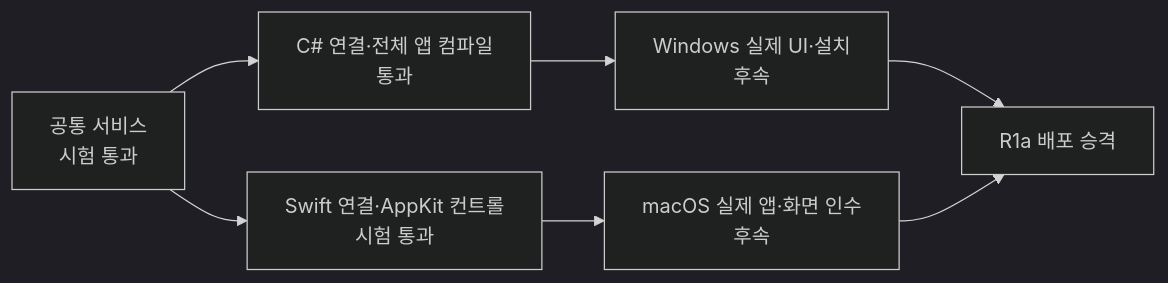
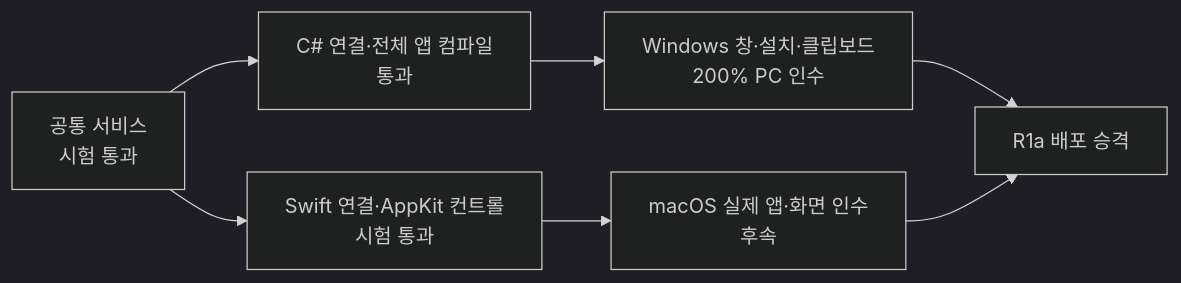
Before and after one commit to peterkimpmp/hanautomata: the diagram in docs/PERSONAL-ASSIST-VALIDATION.md, drawn with Mermaid (dark theme). The commit also changed other lines of this file, not shown here.

First line of the commit message:
docs: record Windows acceptance of the personal expressions window

````diff
--- a/docs/PERSONAL-ASSIST-VALIDATION.md
+++ b/docs/PERSONAL-ASSIST-VALIDATION.md
@@ -21,9 +23,9 @@
 ```mermaid
 flowchart LR
   S["공통 서비스\n시험 통과"] --> C["C# 연결·전체 앱 컴파일\n통과"]
   S --> M["Swift 연결·AppKit 컨트롤\n시험 통과"]
-  C --> W["Windows 실제 UI·설치\n후속"]
+  C --> W["Windows 창·설치·클립보드\n200% PC 인수"]
   M --> A["macOS 실제 앱·화면 인수\n후속"]
   W --> R["R1a 배포 승격"]
   A --> R
 ```
````
